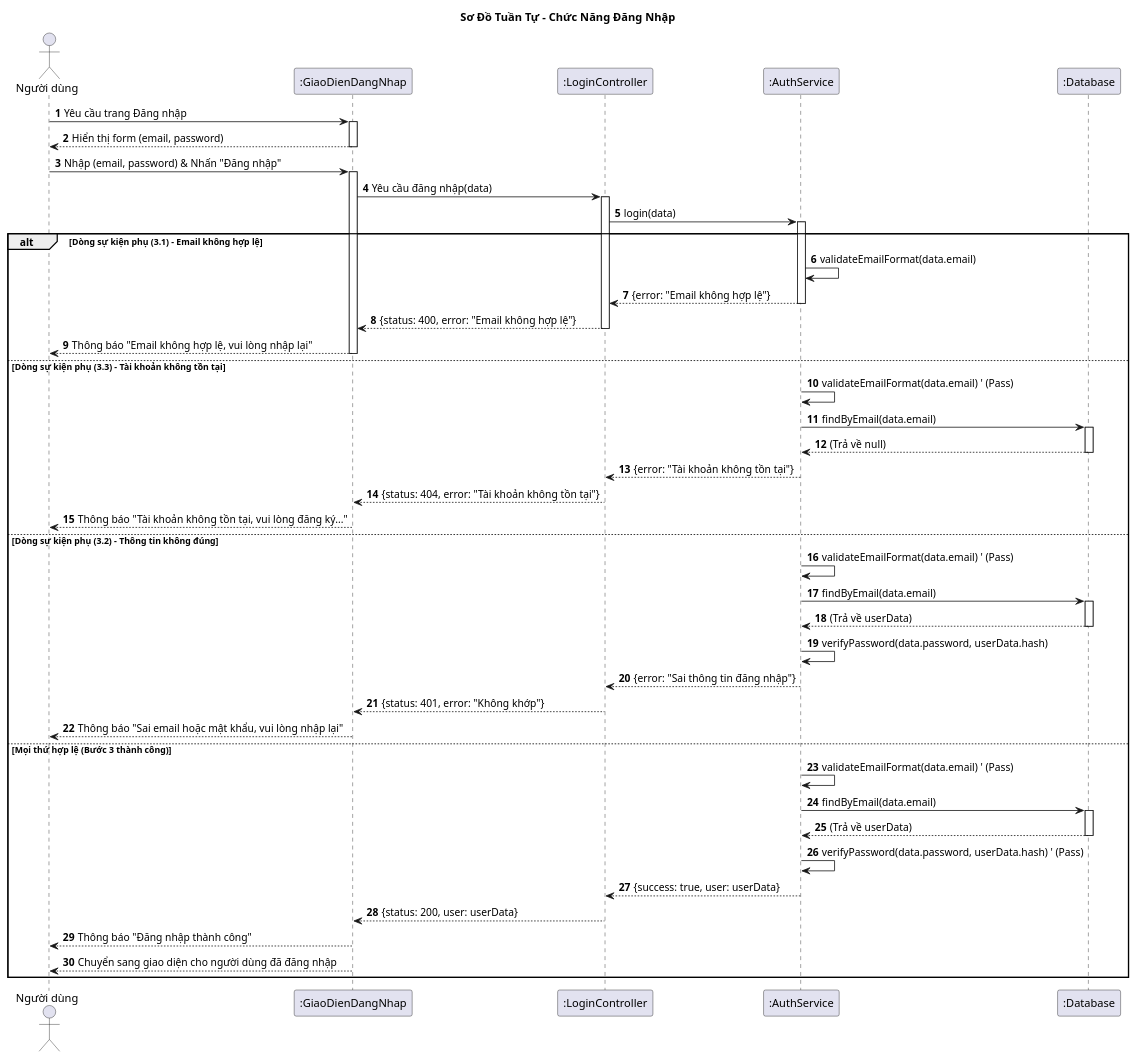
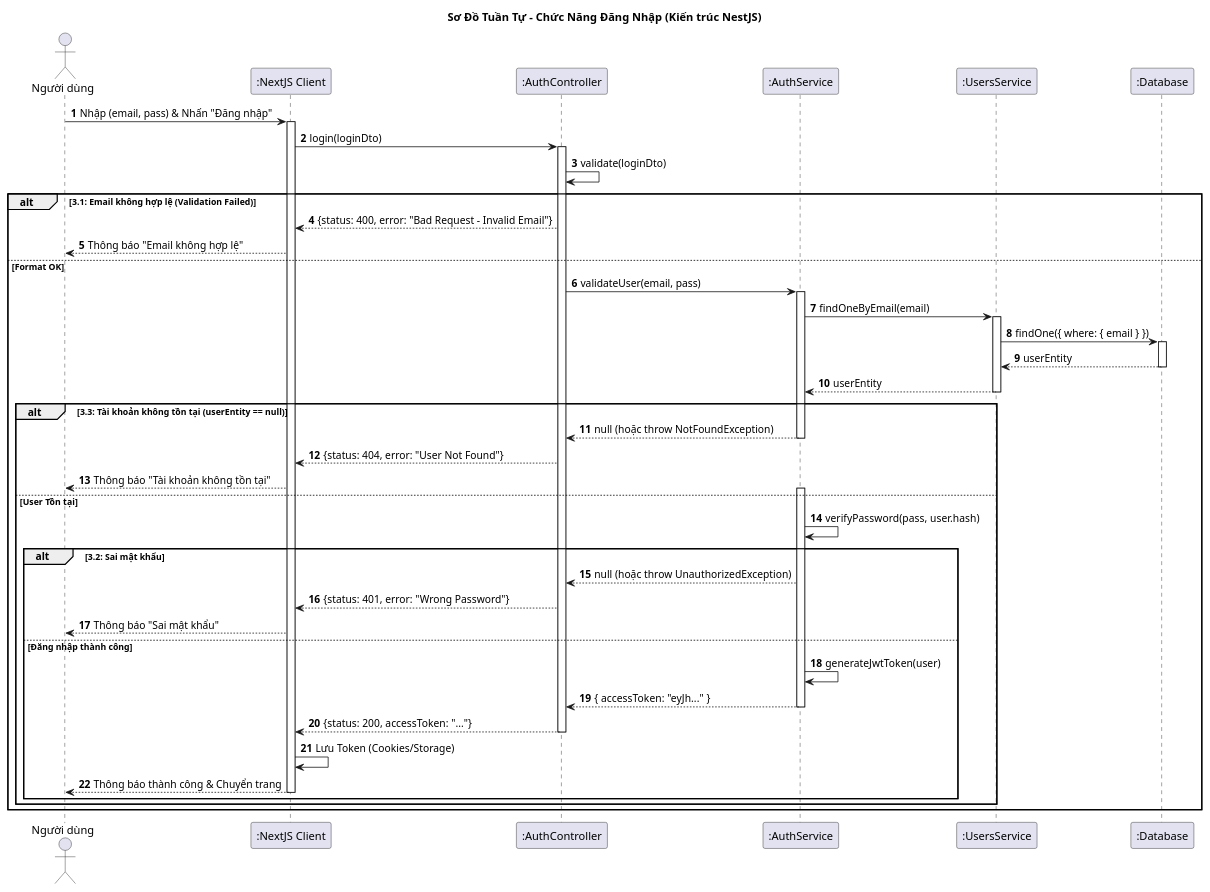
The diagram in Diagrams/SequenceDiagram/LoginSD.plantuml (vinh047/soundwave), drawn with PlantUML before and after one commit. The commit also changed 8 other files, not shown here.

Commit message:
Sửa lỗi chính tả trong đặc tả, sửa SD 4 cái tiếp theo, cập nhật CD theo SD

```diff
--- a/Diagrams/SequenceDiagram/LoginSD.plantuml
+++ b/Diagrams/SequenceDiagram/LoginSD.plantuml
@@ -1,97 +1,81 @@
-@startuml Sequence Diagram - Đăng Nhập
+@startuml Sequence Diagram - Đăng Nhập NestJS
 
-title Sơ Đồ Tuần Tự - Chức Năng Đăng Nhập
+title Sơ Đồ Tuần Tự - Chức Năng Đăng Nhập (Kiến trúc NestJS)
 
 actor "Người dùng" as User
-participant ":GiaoDienDangNhap" as UI
-participant ":LoginController" as Controller
-participant ":AuthService" as Service
+participant ":NextJS Client" as UI
+participant ":AuthController" as Controller
+participant ":AuthService" as AuthService
+participant ":UsersService" as UserService
 participant ":Database" as DB
 
 autonumber
 
-' === Dòng sự kiện chính (bước 1): Hiển thị form ===
-User -> UI: Yêu cầu trang Đăng nhập
+' === BƯỚC 1 & 2: GỬI YÊU CẦU ===
+User -> UI: Nhập (email, pass) & Nhấn "Đăng nhập"
 activate UI
-UI --> User: Hiển thị form (email, password)
-deactivate UI
 
-' === Dòng sự kiện chính (bước 2): Người dùng gửi thông tin ===
-User -> UI: Nhập (email, password) & Nhấn "Đăng nhập"
-activate UI
-UI -> Controller: Yêu cầu đăng nhập(data)
+' NestJS dùng DTO để hứng dữ liệu
+UI -> Controller: login(loginDto)
 activate Controller
-Controller -> Service: login(data)
-activate Service
 
-' === Dòng sự kiện (bước 3) & Các dòng sự kiện phụ ===
-' Service thực hiện các bước kiểm tra
-' 3.1: Kiểm tra email hợp lệ
-alt Dòng sự kiện phụ (3.1) - Email không hợp lệ
-    Service -> Service: validateEmailFormat(data.email)
-    ' (Giả sử kiểm tra thấy không hợp lệ)
-    Service --> Controller: {error: "Email không hợp lệ"}
-    deactivate Service
-    Controller --> UI: {status: 400, error: "Email không hợp lệ"}
-    deactivate Controller
+' === BƯỚC 3: XỬ LÝ LOGIC ===
+
+' --- CHECK 1: ĐỊNH DẠNG EMAIL (Validation Pipe) ---
+' Trong NestJS, bước này thường tự động ở Controller nhờ class-validator
+' Nhưng vẽ vào đây để khớp với đặc tả use case 3.1
+Controller -> Controller: validate(loginDto)
+alt 3.1: Email không hợp lệ (Validation Failed)
+    Controller --> UI: {status: 400, error: "Bad Request - Invalid Email"}
+    UI --> User: Thông báo "Email không hợp lệ"
+
+else Format OK
+    ' Controller gọi AuthService để xử lý nghiệp vụ
+    Controller -> AuthService: validateUser(email, pass)
+    activate AuthService
+
+    ' --- CHECK 2: TÌM USER (Gọi sang UsersService) ---
+    ' AuthService không chọc thẳng DB, mà nhờ UsersService tìm
+    AuthService -> UserService: findOneByEmail(email)
+    activate UserService
+    UserService -> DB: findOne({ where: { email } })
+    activate DB
+    DB --> UserService: userEntity
+    deactivate DB
+    UserService --> AuthService: userEntity
+    deactivate UserService
     
-    UI --> User: Thông báo "Email không hợp lệ, vui lòng nhập lại"
-    deactivate UI
-    
-' 3.3: Kiểm tra tài khoản tồn tại
-else Dòng sự kiện phụ (3.3) - Tài khoản không tồn tại
-    Service -> Service: validateEmailFormat(data.email) ' (Pass)
-    Service -> DB: findByEmail(data.email)
-    activate DB
-    DB --> Service: (Trả về null)
-    deactivate DB
-    
-    Service --> Controller: {error: "Tài khoản không tồn tại"}
-    deactivate Service
-    Controller --> UI: {status: 404, error: "Tài khoản không tồn tại"}
-    deactivate Controller
-    
-    UI --> User: Thông báo "Tài khoản không tồn tại, vui lòng đăng ký..."
-    deactivate UI
-    
-' 3.2: Kiểm tra mật khẩu không đúng
-else Dòng sự kiện phụ (3.2) - Thông tin không đúng
-    Service -> Service: validateEmailFormat(data.email) ' (Pass)
-    Service -> DB: findByEmail(data.email)
-    activate DB
-    DB --> Service: (Trả về userData)
-    deactivate DB
-    
-    Service -> Service: verifyPassword(data.password, userData.hash)
-    ' (Giả sử kiểm tra thấy mật khẩu không khớp)
-    Service --> Controller: {error: "Sai thông tin đăng nhập"}
-    deactivate Service
-    Controller --> UI: {status: 401, error: "Không khớp"}
-    deactivate Controller
+    alt 3.3: Tài khoản không tồn tại (userEntity == null)
+        AuthService --> Controller: null (hoặc throw NotFoundException)
+        deactivate AuthService
+        Controller --> UI: {status: 404, error: "User Not Found"}
+        UI --> User: Thông báo "Tài khoản không tồn tại"
         
-    UI --> User: Thông báo "Sai email hoặc mật khẩu, vui lòng nhập lại"
-    deactivate UI
+    else User Tồn tại
+        activate AuthService
+        ' --- CHECK 3: MẬT KHẨU ---
+        AuthService -> AuthService: verifyPassword(pass, user.hash)
         
-' Dòng sự kiện chính (Bước 4 & 5) - Đăng nhập thành công
-else Mọi thứ hợp lệ (Bước 3 thành công)
-    Service -> Service: validateEmailFormat(data.email) ' (Pass)
-    Service -> DB: findByEmail(data.email)
-    activate DB
-    DB --> Service: (Trả về userData)
-    deactivate DB
-
-    Service -> Service: verifyPassword(data.password, userData.hash) ' (Pass)
-
-    ' Bước 4: Thông báo thành công
-    Service --> Controller: {success: true, user: userData}
-    deactivate Service
-    Controller --> UI: {status: 200, user: userData}
-    deactivate Controller
-    
-    UI --> User: Thông báo "Đăng nhập thành công"
-    
-    ' Bước 5: Chuyển giao diện
-    UI --> User: Chuyển sang giao diện cho người dùng đã đăng nhập
-    deactivate UI
+        alt 3.2: Sai mật khẩu
+            AuthService --> Controller: null (hoặc throw UnauthorizedException)
+            Controller --> UI: {status: 401, error: "Wrong Password"}
+            UI --> User: Thông báo "Sai mật khẩu"
+            
+        else Đăng nhập thành công
+            ' --- TẠO TOKEN (JWT) ---
+            AuthService -> AuthService: generateJwtToken(user)
+            
+            AuthService --> Controller: { accessToken: "eyJh..." }
+            deactivate AuthService
+            
+            Controller --> UI: {status: 200, accessToken: "..."}
+            deactivate Controller
+            
+            ' NextJS lưu token và chuyển trang
+            UI -> UI: Lưu Token (Cookies/Storage)
+            UI --> User: Thông báo thành công & Chuyển trang
+            deactivate UI
+        end
+    end
 end
 @enduml
```
